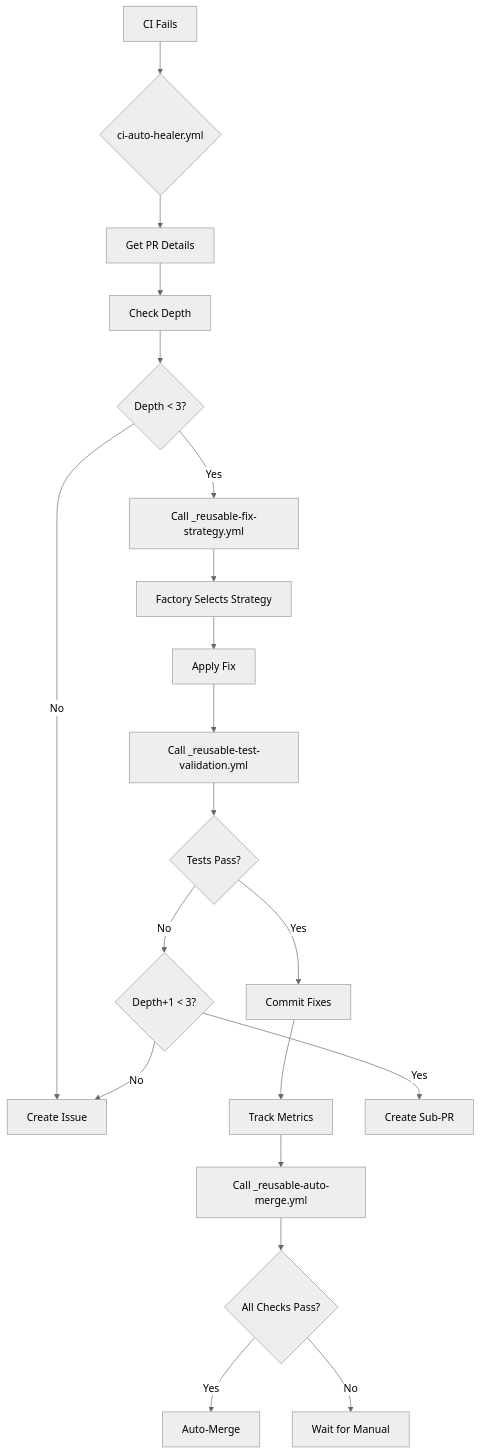
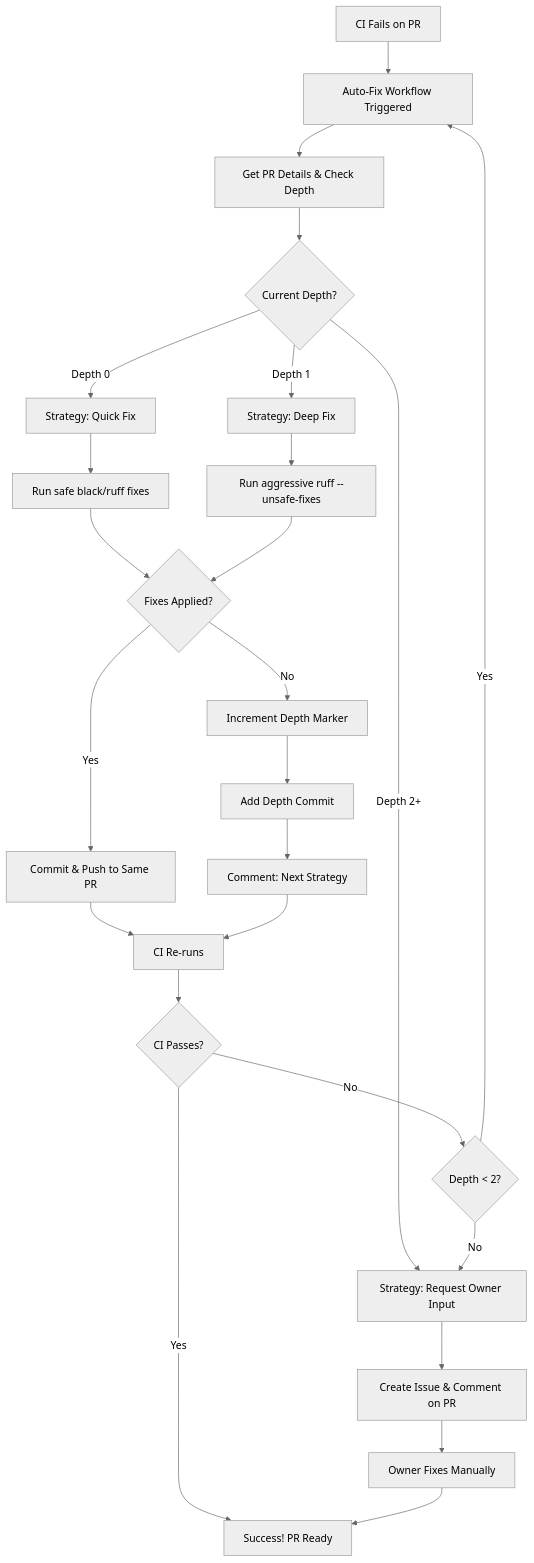
One commit to gduemer/AiPi-MemoryCore changed the diagram in .github/CI_AUTOMATION_ARCHITECTURE.md. Above: the diagram before and after it, drawn with Mermaid (neutral theme). The commit also changed other lines of this file and 1 other file, not shown here.

Commit message:
Implement progressive fix strategy without recursive PRs

````diff
--- a/.github/CI_AUTOMATION_ARCHITECTURE.md
+++ b/.github/CI_AUTOMATION_ARCHITECTURE.md
@@ -95,22 +141,34 @@
 ```mermaid
 graph TD
-    A[CI Fails] --> B{ci-auto-healer.yml}
-    B --> C[Get PR Details]
-    C --> D[Check Depth]
-    D --> E{Depth < 3?}
-    E -->|No| F[Create Issue]
-    E -->|Yes| G[Call _reusable-fix-strategy.yml]
-    G --> H[Factory Selects Strategy]
-    H --> I[Apply Fix]
-    I --> J[Call _reusable-test-validation.yml]
-    J --> K{Tests Pass?}
-    K -->|No| L{Depth+1 < 3?}
-    K -->|Yes| M[Commit Fixes]
-    M --> N[Track Metrics]
-    N --> O[Call _reusable-auto-merge.yml]
-    O --> P{All Checks Pass?}
-    P -->|Yes| Q[Auto-Merge]
-    P -->|No| R[Wait for Manual]
-    L -->|Yes| S[Create Sub-PR]
-    L -->|No| F
+    A[CI Fails on PR] --> B[Auto-Fix Workflow Triggered]
+    B --> C[Get PR Details & Check Depth]
+    C --> D{Current Depth?}
+
+    D -->|Depth 0| E[Strategy: Quick Fix]
+    D -->|Depth 1| F[Strategy: Deep Fix]
+    D -->|Depth 2+| G[Strategy: Request Owner Input]
+
+    E --> H[Run safe black/ruff fixes]
+    F --> I[Run aggressive ruff --unsafe-fixes]
+    G --> J[Create Issue & Comment on PR]
+
+    H --> K{Fixes Applied?}
+    I --> K
+
+    K -->|Yes| L[Commit & Push to Same PR]
+    K -->|No| M[Increment Depth Marker]
+
+    L --> N[CI Re-runs]
+    M --> O[Add Depth Commit]
+    O --> P[Comment: Next Strategy]
+    P --> N
+
+    N --> Q{CI Passes?}
+    Q -->|Yes| R[Success! PR Ready]
+    Q -->|No| S{Depth < 2?}
+    S -->|Yes| B
+    S -->|No| G
+
+    J --> T[Owner Fixes Manually]
+    T --> R
 ```
````
